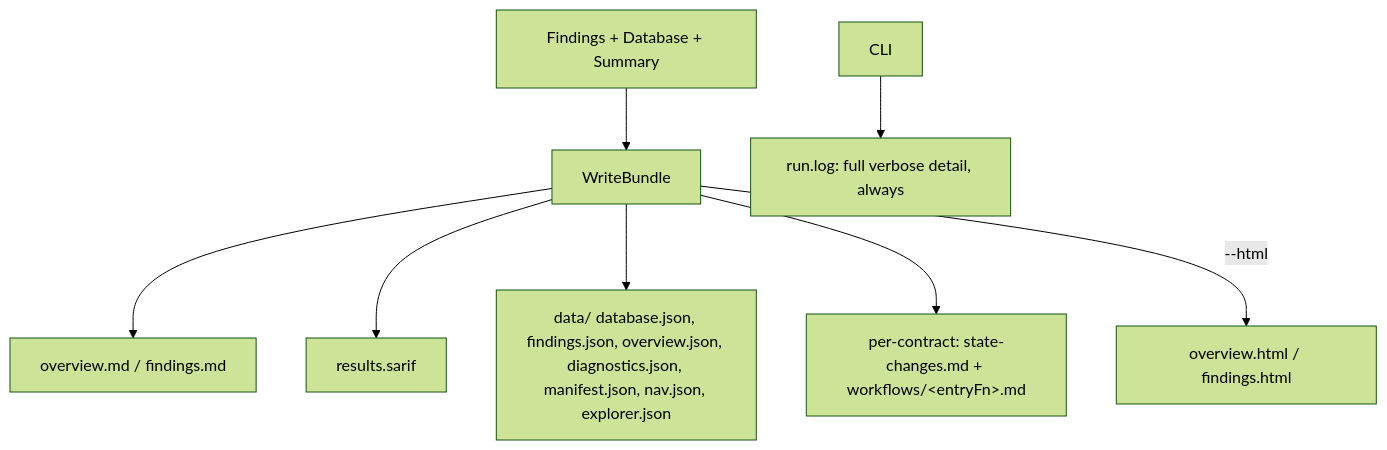
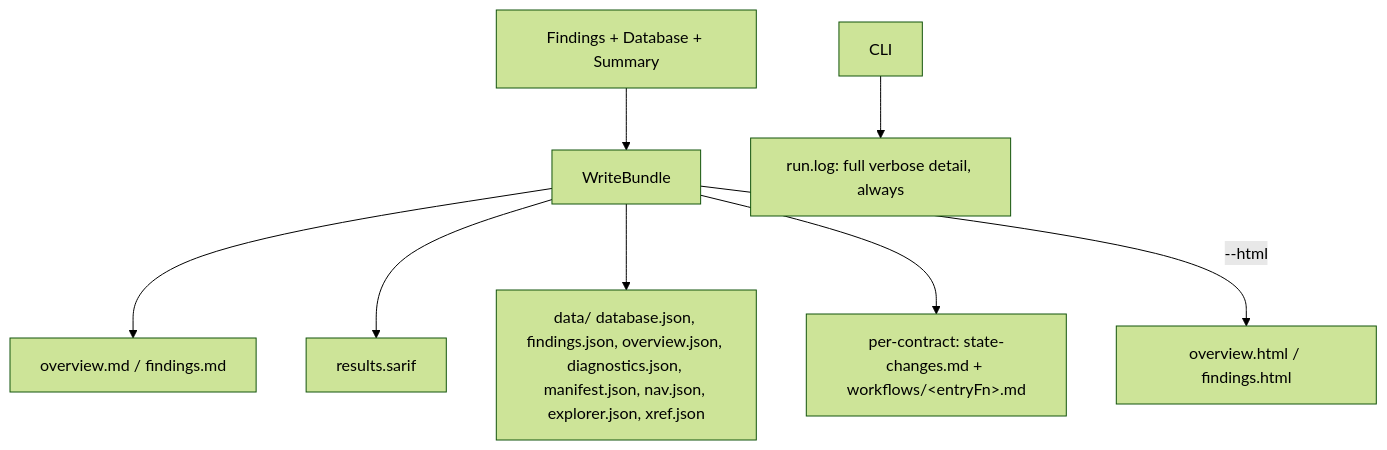
Before and after one commit to th13vn/w3goaudit: the fourth of 8 diagrams in docs/workflows.md, drawn with Mermaid (forest theme). The commit also changed other lines of this file and 13 other files, not shown here.

First line of the commit message:
docs(release): document xref.json + import heuristics, bump to v0.4.1

````diff
--- a/docs/workflows.md
+++ b/docs/workflows.md
@@ -256,10 +256,10 @@
 ```mermaid
 graph TD
     A[Findings + Database + Summary] --> B[WriteBundle]
     B --> C[overview.md / findings.md]
     B --> D[results.sarif]
-    B --> E[data/ database.json, findings.json, overview.json, diagnostics.json, manifest.json, nav.json, explorer.json]
+    B --> E[data/ database.json, findings.json, overview.json, diagnostics.json, manifest.json, nav.json, explorer.json, xref.json]
     B --> F["per-contract: state-changes.md + workflows/&lt;entryFn&gt;.md"]
     B -->|--html| G[overview.html / findings.html]
     H[CLI] --> I[run.log: full verbose detail, always]
 ```
````
